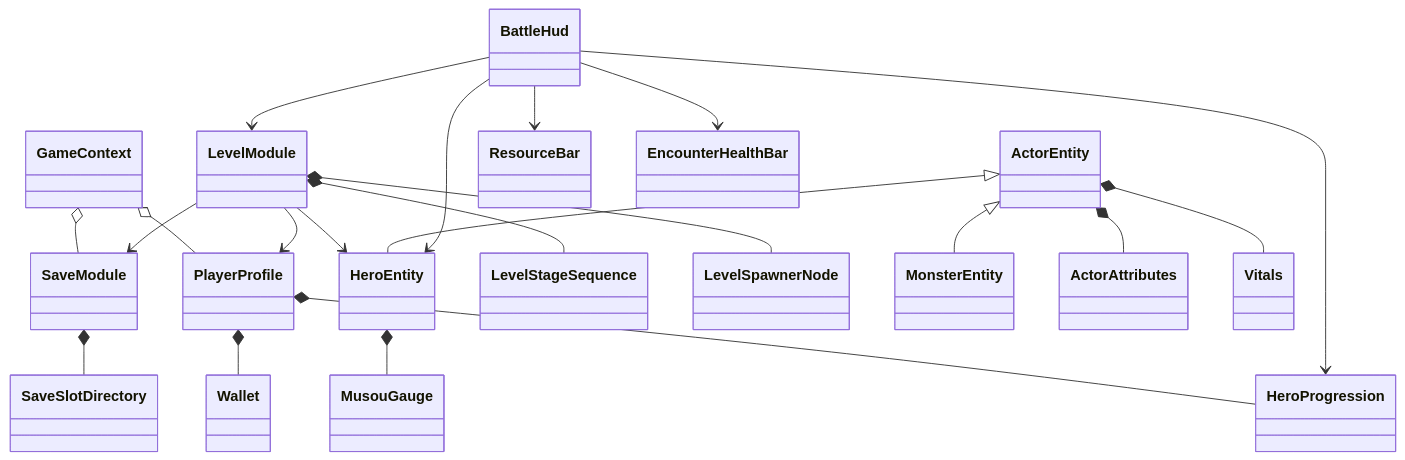
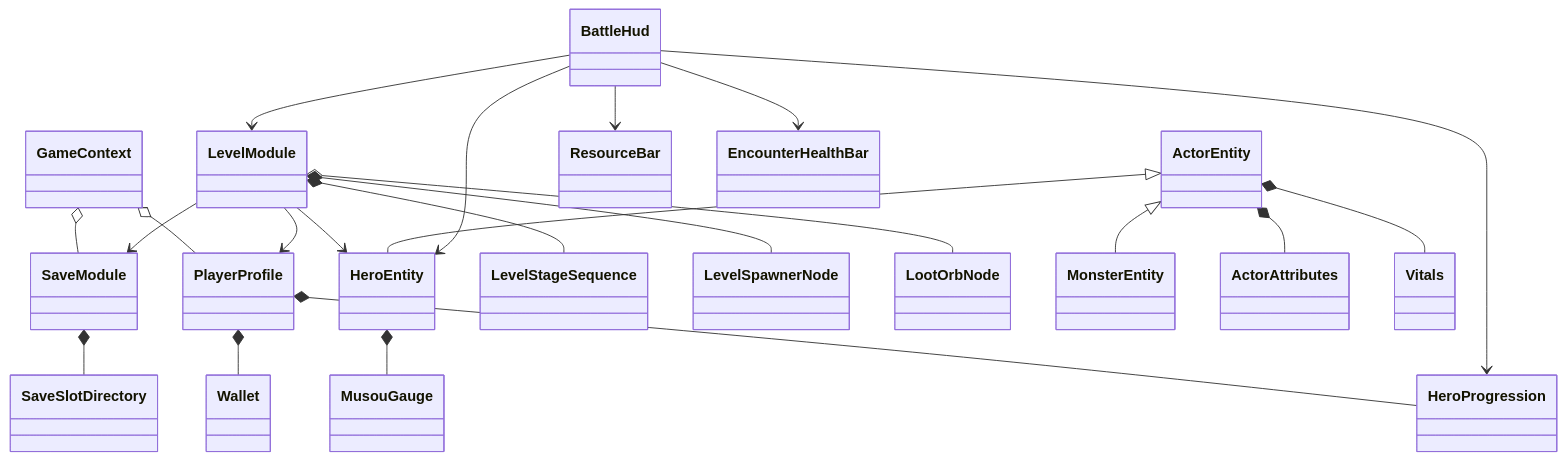
Before and after one commit to zheliku/GameZMXY: the third of 3 diagrams in Docs/ProjectTour.md, drawn with Mermaid. The commit also changed other lines of this file and 258 other files, not shown here.

````diff
--- a/Docs/ProjectTour.md
+++ b/Docs/ProjectTour.md
@@ -96,23 +102,24 @@
 ```mermaid
 classDiagram
     GameContext o-- PlayerProfile
     GameContext o-- SaveModule
     PlayerProfile *-- HeroProgression
     PlayerProfile *-- Wallet
     SaveModule *-- SaveSlotDirectory
     LevelModule --> PlayerProfile
     LevelModule --> SaveModule
     LevelModule --> HeroEntity
     LevelModule *-- LevelStageSequence
     LevelModule *-- LevelSpawnerNode
+    LevelModule o-- LootOrbNode
     ActorEntity <|-- HeroEntity
     ActorEntity <|-- MonsterEntity
     ActorEntity *-- ActorAttributes
     ActorEntity *-- Vitals
     HeroEntity *-- MusouGauge
     BattleHud --> HeroEntity
     BattleHud --> HeroProgression
     BattleHud --> LevelModule
     BattleHud --> ResourceBar
     BattleHud --> EncounterHealthBar
 ```
````
